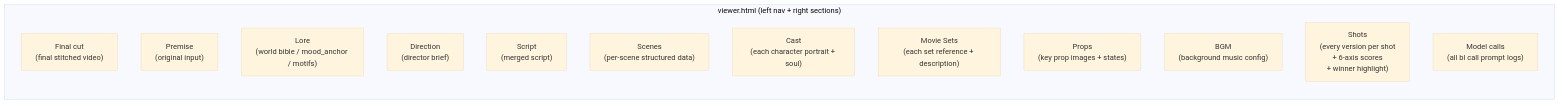
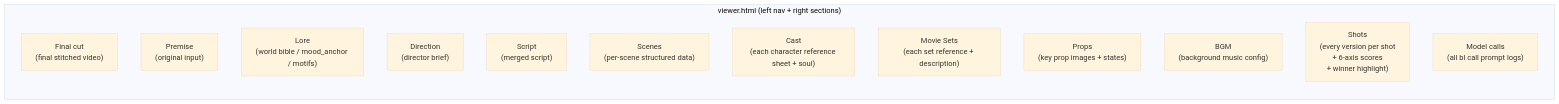
The sixth of 6 diagrams in docs/architecture.md (JohnKeating1997/spark-video), drawn with Mermaid (base theme) before and after one commit. The commit also changed other lines of this file and 23 other files, not shown here.

Commit message:
Update cast assets to reference sheets

````diff
--- a/docs/architecture.md
+++ b/docs/architecture.md
@@ -402,17 +402,17 @@
 ```mermaid
 flowchart LR
     subgraph Viewer["viewer.html (left nav + right sections)"]
         Final["Final cut<br/>(final stitched video)"]
         Premise["Premise<br/>(original input)"]
         Lore["Lore<br/>(world bible / mood_anchor / motifs)"]
         Direction["Direction<br/>(director brief)"]
         Script["Script<br/>(merged script)"]
         Scenes["Scenes<br/>(per-scene structured data)"]
-        Cast["Cast<br/>(each character portrait + soul)"]
+        Cast["Cast<br/>(each character reference sheet + soul)"]
         Sets["Movie Sets<br/>(each set reference + description)"]
         Props["Props<br/>(key prop images + states)"]
         BGM["BGM<br/>(background music config)"]
         Shots["Shots<br/>(every version per shot<br/>+ 6-axis scores<br/>+ winner highlight)"]
         Calls["Model calls<br/>(all bl call prompt logs)"]
     end
 ```
````
